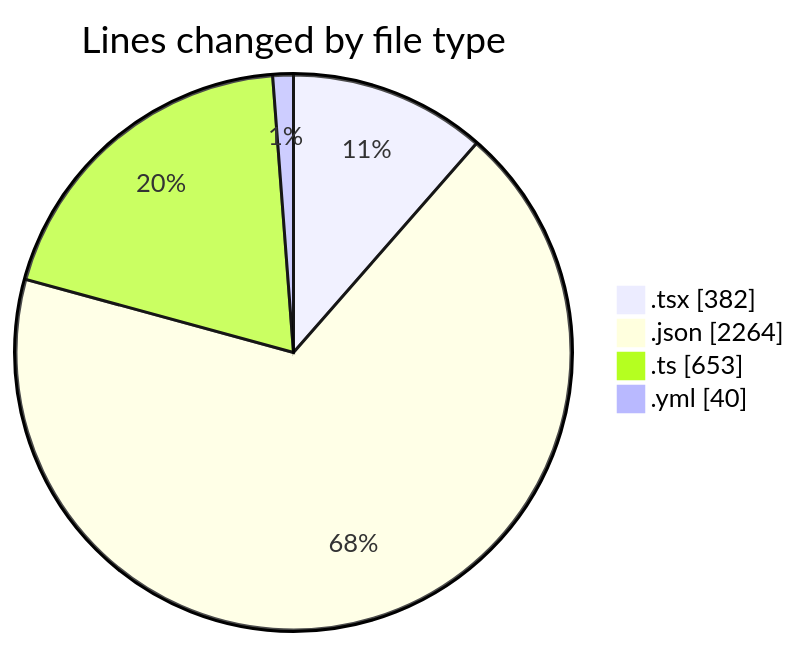
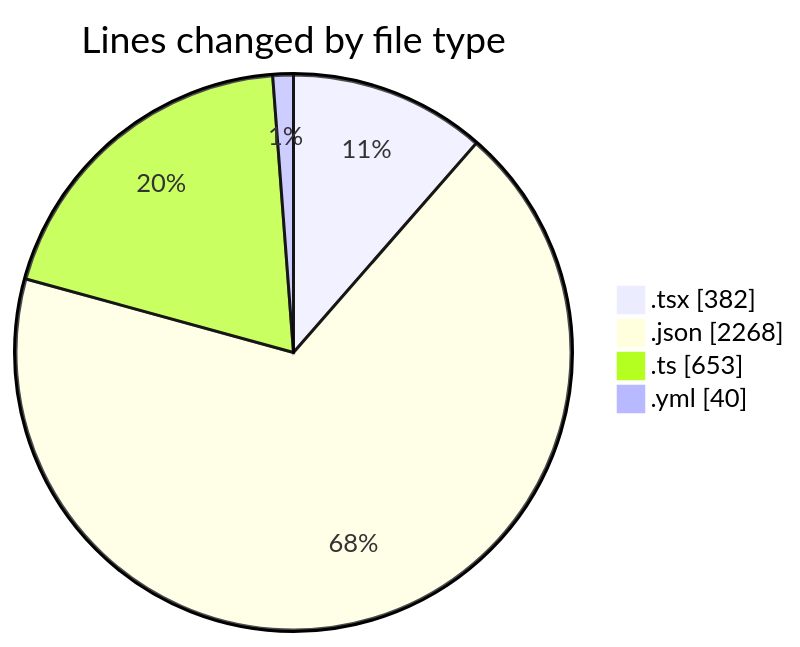
One commit to julien-gomy/code-tracking changed the first of 2 diagrams in 2025-11-28/eventscop-frontend-guide__workspace_/README.md. Above: the diagram before and after it, drawn with Mermaid. The commit also changed other lines of this file and 1 other file, not shown here.

````diff
--- a/2025-11-28/eventscop-frontend-guide__workspace_/README.md
+++ b/2025-11-28/eventscop-frontend-guide__workspace_/README.md
@@ -29,8 +29,8 @@
 ```mermaid
 pie showData
 title Lines changed by file type
 ".tsx" : 382
-".json" : 2264
+".json" : 2268
 ".ts" : 653
 ".yml" : 40
 ```
````
